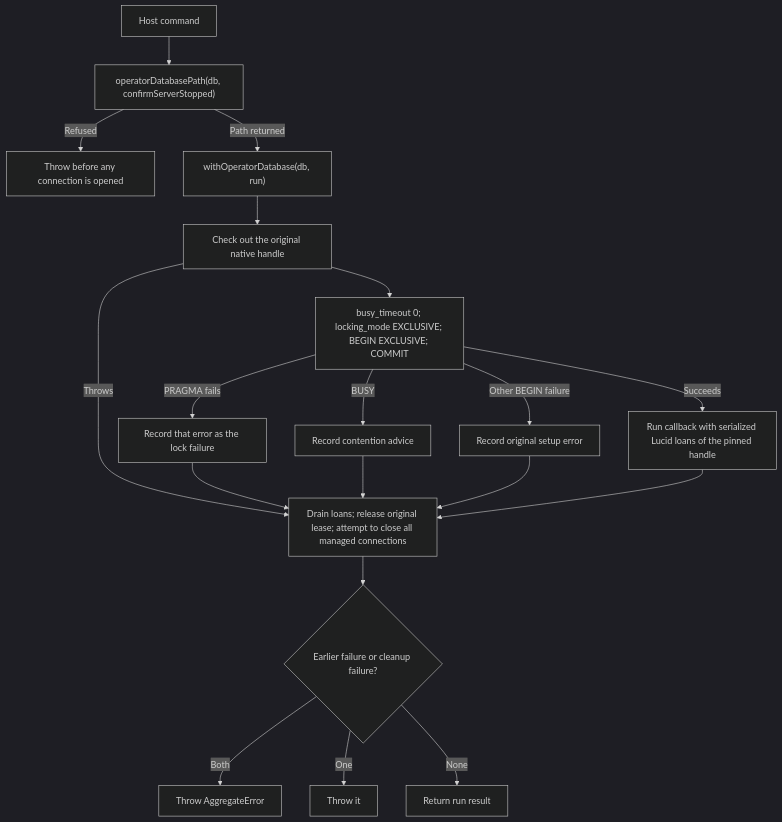
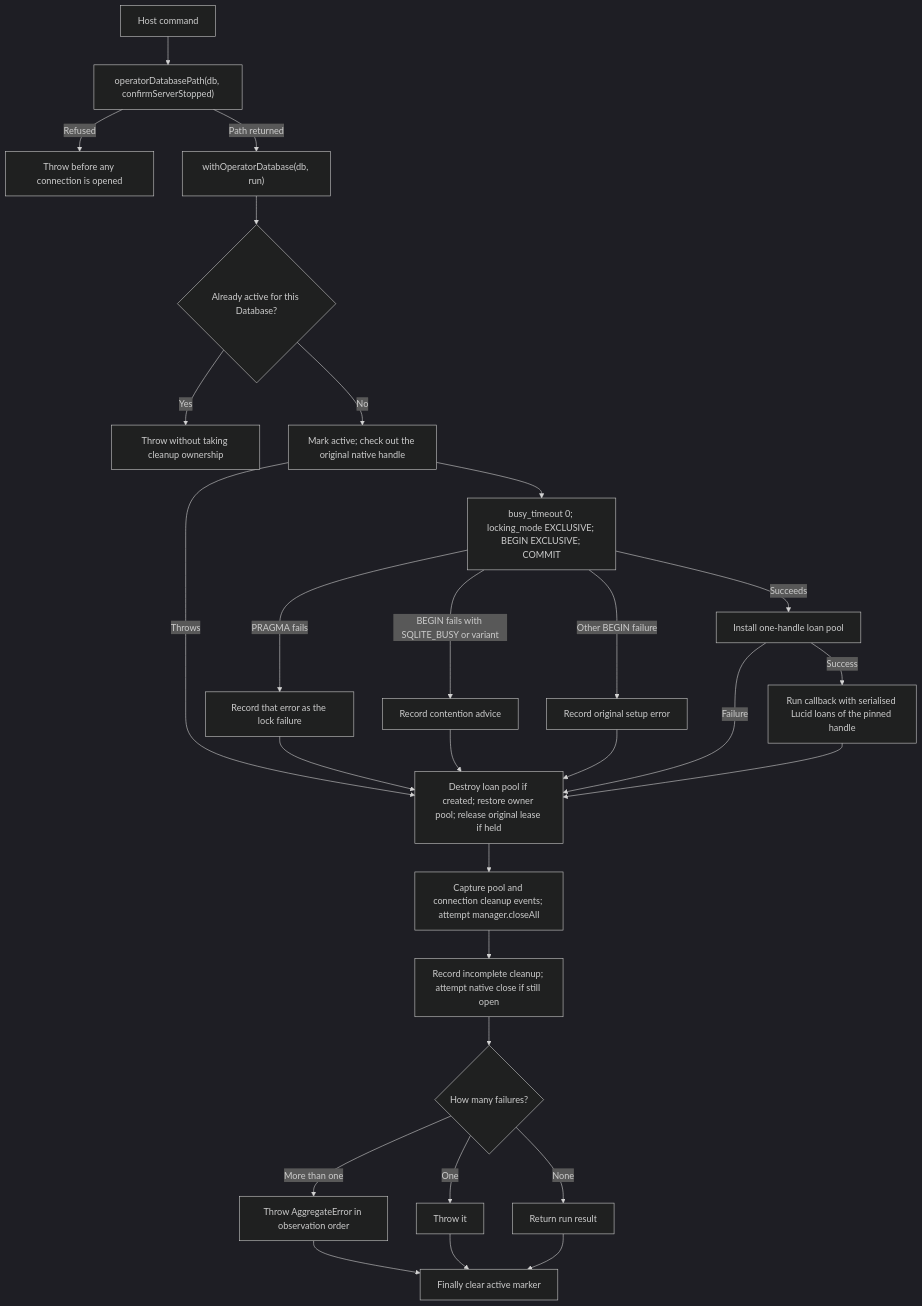
Before and after one commit to Kevinjohn/oss-adonisjs-sqlite-backup: the second of 2 diagrams in user-stories/operator-guards/us-op-07-stopped-server-operator-command.md, drawn with Mermaid (dark theme). The commit also changed other lines of this file and 12 other files, not shown here.

````diff
--- a/user-stories/operator-guards/us-op-07-stopped-server-operator-command.md
+++ b/user-stories/operator-guards/us-op-07-stopped-server-operator-command.md
@@ -42,22 +46,31 @@
 ```mermaid
 flowchart TD
     A["Host command"] --> B["operatorDatabasePath(db, confirmServerStopped)"]
     B -->|Refused| X["Throw before any connection is opened"]
     B -->|Path returned| C["withOperatorDatabase(db, run)"]
-    C --> D["Check out the original native handle"]
+    C --> C1{"Already active for this Database?"}
+    C1 -->|Yes| X1["Throw without taking cleanup ownership"]
+    C1 -->|No| D["Mark active; check out the original native handle"]
     D -->|Throws| I
     D --> S["busy_timeout 0; locking_mode EXCLUSIVE; BEGIN EXCLUSIVE; COMMIT"]
     S -->|PRAGMA fails| P["Record that error as the lock failure"]
-    S -->|BUSY| Q["Record contention advice"]
+    S -->|BEGIN fails with SQLITE_BUSY or variant| Q["Record contention advice"]
     S -->|Other BEGIN failure| R["Record original setup error"]
-    S -->|Succeeds| H["Run callback with serialized Lucid loans of the pinned handle"]
+    S -->|Succeeds| P1["Install one-handle loan pool"]
+    P1 -->|Failure| I
+    P1 -->|Success| H["Run callback with serialised Lucid loans of the pinned handle"]
     P --> I
     Q --> I
     R --> I
     H --> I
-    I["Drain loans; release original lease; attempt to close all managed connections"]
-    I --> J{"Earlier failure or cleanup failure?"}
-    J -->|Both| K["Throw AggregateError"]
+    I["Destroy loan pool if created; restore owner pool; release original lease if held"]
+    I --> I1["Capture pool and connection cleanup events; attempt manager.closeAll"]
+    I1 --> I2["Record incomplete cleanup; attempt native close if still open"]
+    I2 --> J{"How many failures?"}
+    J -->|More than one| K["Throw AggregateError in observation order"]
     J -->|One| L["Throw it"]
     J -->|None| M["Return run result"]
+    K --> N["Finally clear active marker"]
+    L --> N
+    M --> N
 ```
````
